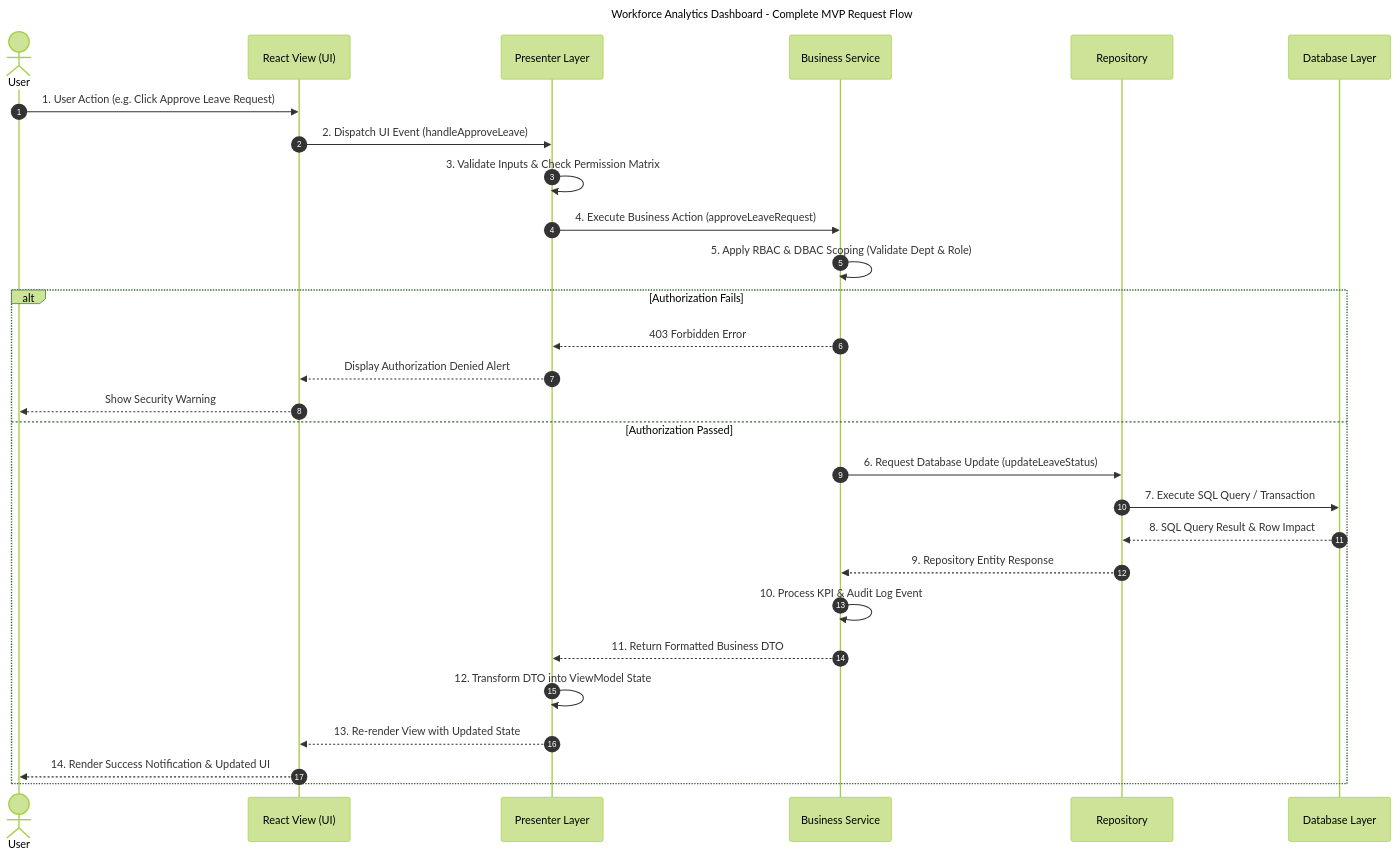
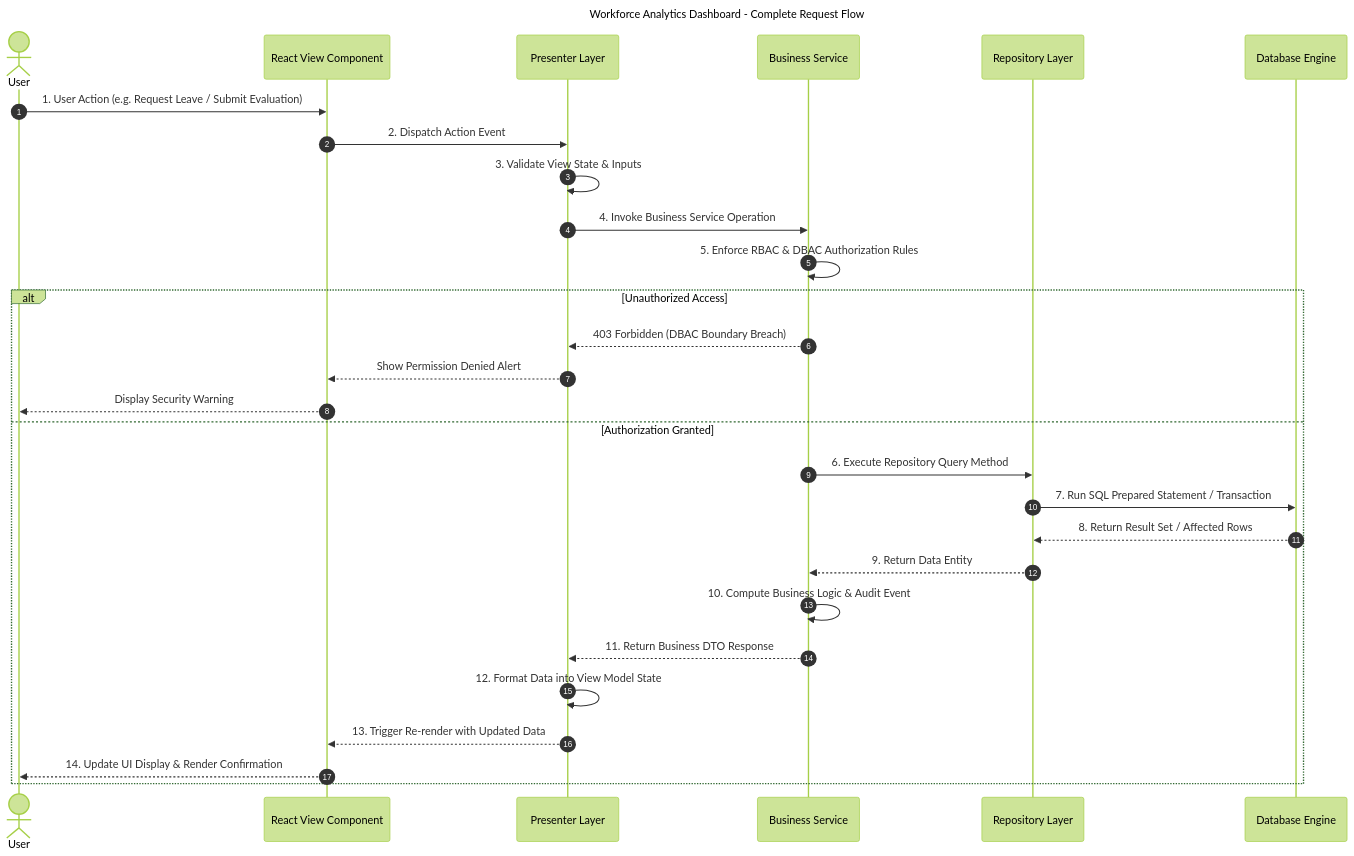
The fourth of 7 diagrams in docs/architecture/MVP-Enterprise-Architecture.md (maheswari-pinneti/WFA-Rolebased-Architecture), drawn with Mermaid (forest theme) before and after one commit. The commit also changed other lines of this file, not shown here.

Commit message:
Update MVP Enterprise Architecture documentation with complete 5-layer specifications and Mermaid diagrams

````diff
--- a/docs/architecture/MVP-Enterprise-Architecture.md
+++ b/docs/architecture/MVP-Enterprise-Architecture.md
@@ -202,33 +254,33 @@
 ```mermaid
 sequenceDiagram
     autonumber
-    title: Workforce Analytics Dashboard - Complete MVP Request Flow
+    title: Workforce Analytics Dashboard - Complete Request Flow
     actor User
-    participant View as React View (UI)
+    participant View as React View Component
     participant Pres as Presenter Layer
     participant Svc as Business Service
-    participant Repo as Repository
-    participant DB as Database Layer
+    participant Repo as Repository Layer
+    participant DB as Database Engine
 
-    User->>View: 1. User Action (e.g. Click Approve Leave Request)
-    View->>Pres: 2. Dispatch UI Event (handleApproveLeave)
-    Pres->>Pres: 3. Validate Inputs & Check Permission Matrix
-    Pres->>Svc: 4. Execute Business Action (approveLeaveRequest)
-    Svc->>Svc: 5. Apply RBAC & DBAC Scoping (Validate Dept & Role)
+    User->>View: 1. User Action (e.g. Request Leave / Submit Evaluation)
+    View->>Pres: 2. Dispatch Action Event
+    Pres->>Pres: 3. Validate View State & Inputs
+    Pres->>Svc: 4. Invoke Business Service Operation
+    Svc->>Svc: 5. Enforce RBAC & DBAC Authorization Rules
     
-    alt Authorization Fails
-        Svc-->>Pres: 403 Forbidden Error
-        Pres-->>View: Display Authorization Denied Alert
-        View-->>User: Show Security Warning
-    else Authorization Passed
-        Svc->>Repo: 6. Request Database Update (updateLeaveStatus)
-        Repo->>DB: 7. Execute SQL Query / Transaction
-        DB-->>Repo: 8. SQL Query Result & Row Impact
-        Repo-->>Svc: 9. Repository Entity Response
-        Svc->>Svc: 10. Process KPI & Audit Log Event
-        Svc-->>Pres: 11. Return Formatted Business DTO
-        Pres->>Pres: 12. Transform DTO into ViewModel State
-        Pres-->>View: 13. Re-render View with Updated State
-        View-->>User: 14. Render Success Notification & Updated UI
+    alt Unauthorized Access
+        Svc-->>Pres: 403 Forbidden (DBAC Boundary Breach)
+        Pres-->>View: Show Permission Denied Alert
+        View-->>User: Display Security Warning
+    else Authorization Granted
+        Svc->>Repo: 6. Execute Repository Query Method
+        Repo->>DB: 7. Run SQL Prepared Statement / Transaction
+        DB-->>Repo: 8. Return Result Set / Affected Rows
+        Repo-->>Svc: 9. Return Data Entity
+        Svc->>Svc: 10. Compute Business Logic & Audit Event
+        Svc-->>Pres: 11. Return Business DTO Response
+        Pres->>Pres: 12. Format Data into View Model State
+        Pres-->>View: 13. Trigger Re-render with Updated Data
+        View-->>User: 14. Update UI Display & Render Confirmation
     end
 ```
````
